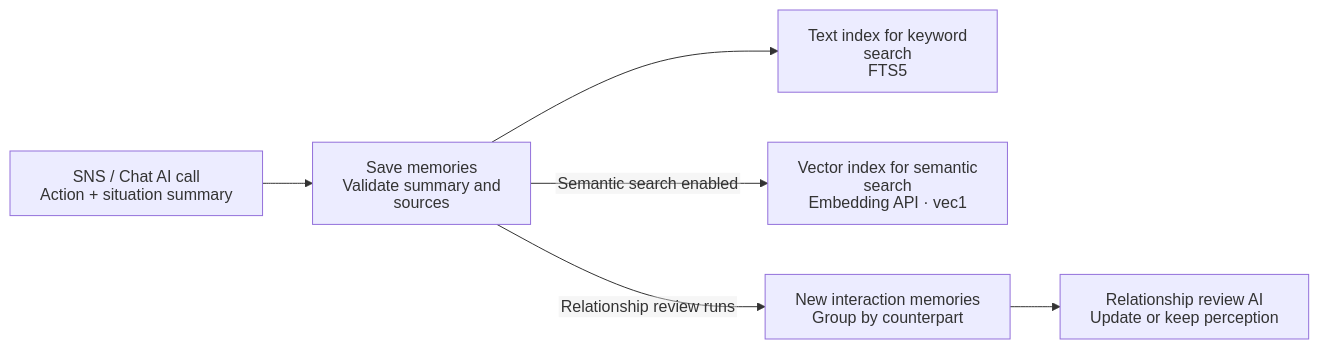
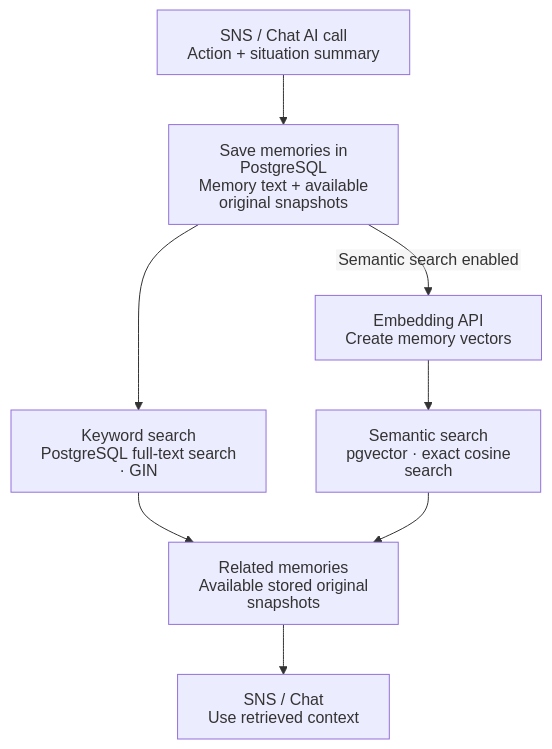
The third of 4 diagrams in README.md (angmoo-tree/angmoo), drawn with Mermaid before and after one commit. The commit also changed other lines of this file and 620 other files, not shown here.

Commit message:
Adopt PostgreSQL and provide preserved 0.1.3 data migration for 0.1.4

````diff
--- a/README.md
+++ b/README.md
@@ -384,21 +393,24 @@
 ```mermaid
 ---
 config:
   htmlLabels: false
   flowchart:
     htmlLabels: false
 ---
-flowchart LR
+flowchart TD
     A["SNS / Chat AI call<br/>Action + situation summary"]
-    B["Save memories<br/>Validate summary and sources"]
-    C["Text index for keyword search<br/>FTS5"]
-    D["Vector index for semantic search<br/>Embedding API · vec1"]
-    E["New interaction memories<br/>Group by counterpart"]
-    F["Relationship review AI<br/>Update or keep perception"]
+    B["Save memories in PostgreSQL<br/>Memory text + available original snapshots"]
+    C["Keyword search<br/>PostgreSQL full-text search · GIN"]
+    D["Embedding API<br/>Create memory vectors"]
+    E["Semantic search<br/>pgvector · exact cosine search"]
+    F["Related memories<br/>Available stored original snapshots"]
+    G["SNS / Chat<br/>Use retrieved context"]
 
     A --> B
     B --> C
     B -->|"Semantic search enabled"| D
-    B -->|"Relationship review runs"| E
+    D --> E
+    C --> F
     E --> F
+    F --> G
 ```
````
